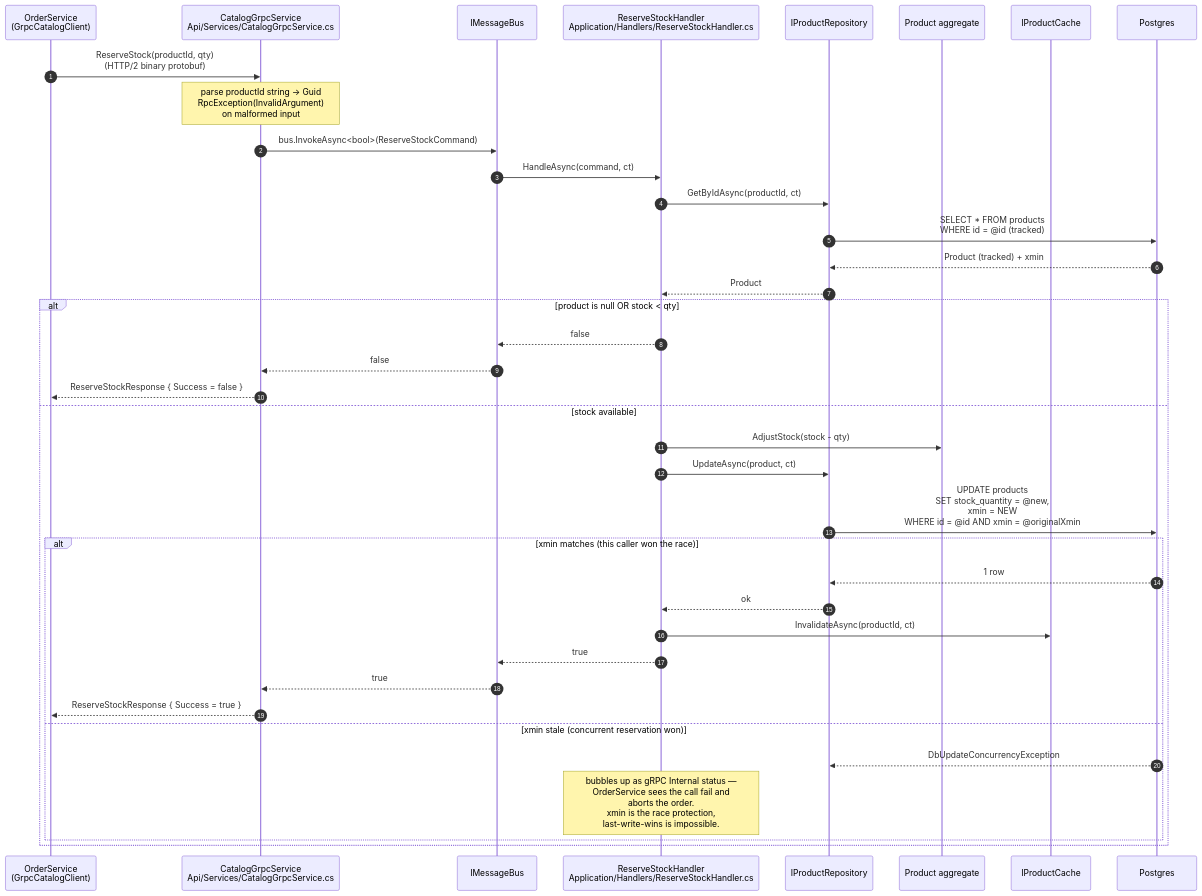
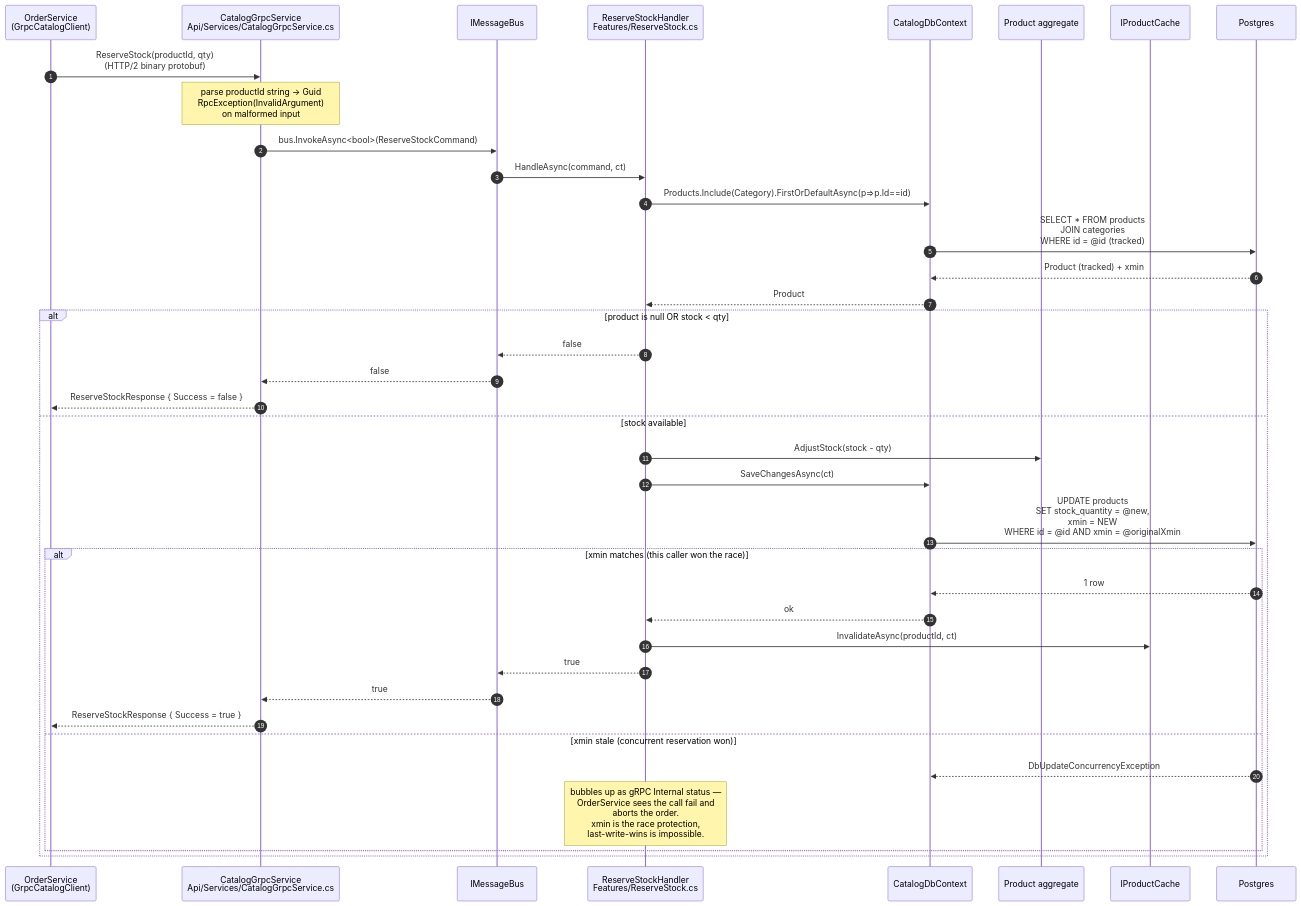
One commit to emeraldleaf/NextAurora changed the third of 4 diagrams in docs/code-flows/catalogservice.md. Above: the diagram before and after it, drawn with Mermaid. The commit also changed other lines of this file and 90 other files, not shown here.

````diff
--- a/docs/code-flows/catalogservice.md
+++ b/docs/code-flows/catalogservice.md
@@ -135,43 +135,43 @@
 ```mermaid
 sequenceDiagram
     autonumber
     participant Order as OrderService<br/>(GrpcCatalogClient)
     participant gRPC as CatalogGrpcService<br/>Api/Services/CatalogGrpcService.cs
     participant Bus as IMessageBus
-    participant H as ReserveStockHandler<br/>Application/Handlers/ReserveStockHandler.cs
-    participant Repo as IProductRepository
+    participant H as ReserveStockHandler<br/>Features/ReserveStock.cs
+    participant Ctx as CatalogDbContext
     participant Agg as Product aggregate
     participant Cache as IProductCache
     participant DB as Postgres
 
     Order->>gRPC: ReserveStock(productId, qty)<br/>(HTTP/2 binary protobuf)
     Note over gRPC: parse productId string → Guid<br/>RpcException(InvalidArgument)<br/>on malformed input
     gRPC->>Bus: bus.InvokeAsync<bool>(ReserveStockCommand)
     Bus->>H: HandleAsync(command, ct)
 
-    H->>Repo: GetByIdAsync(productId, ct)
-    Repo->>DB: SELECT * FROM products<br/>WHERE id = @id (tracked)
-    DB-->>Repo: Product (tracked) + xmin
-    Repo-->>H: Product
+    H->>Ctx: Products.Include(Category).FirstOrDefaultAsync(p=>p.Id==id)
+    Ctx->>DB: SELECT * FROM products<br/>JOIN categories<br/>WHERE id = @id (tracked)
+    DB-->>Ctx: Product (tracked) + xmin
+    Ctx-->>H: Product
 
     alt product is null OR stock < qty
         H-->>Bus: false
         Bus-->>gRPC: false
         gRPC-->>Order: ReserveStockResponse { Success = false }
     else stock available
         H->>Agg: AdjustStock(stock - qty)
-        H->>Repo: UpdateAsync(product, ct)
-        Repo->>DB: UPDATE products<br/>SET stock_quantity = @new,<br/>xmin = NEW<br/>WHERE id = @id AND xmin = @originalXmin
+        H->>Ctx: SaveChangesAsync(ct)
+        Ctx->>DB: UPDATE products<br/>SET stock_quantity = @new,<br/>xmin = NEW<br/>WHERE id = @id AND xmin = @originalXmin
         alt xmin matches (this caller won the race)
-            DB-->>Repo: 1 row
-            Repo-->>H: ok
+            DB-->>Ctx: 1 row
+            Ctx-->>H: ok
             H->>Cache: InvalidateAsync(productId, ct)
             H-->>Bus: true
             Bus-->>gRPC: true
             gRPC-->>Order: ReserveStockResponse { Success = true }
         else xmin stale (concurrent reservation won)
-            DB-->>Repo: DbUpdateConcurrencyException
+            DB-->>Ctx: DbUpdateConcurrencyException
             Note over H: bubbles up as gRPC Internal status —<br/>OrderService sees the call fail and<br/>aborts the order.<br/>xmin is the race protection,<br/>last-write-wins is impossible.
         end
     end
 ```
````
